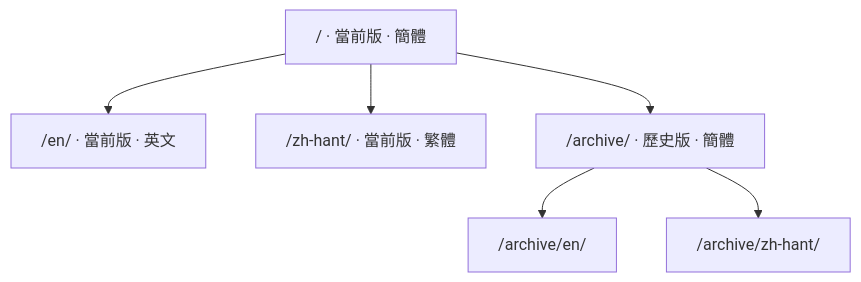
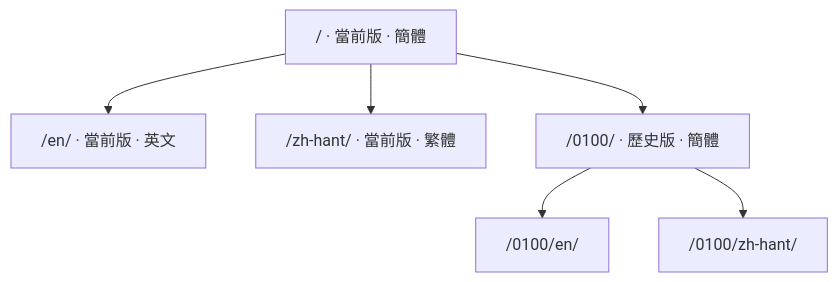
One commit to rwr-infra/rwr-mapbook changed the diagram in docs/zh-hant/about/index.md. Above: the diagram before and after it, drawn with Mermaid. The commit also changed other lines of this file and 628 other files, not shown here.

````diff
--- a/docs/zh-hant/about/index.md
+++ b/docs/zh-hant/about/index.md
@@ -32,8 +35,8 @@
 ```mermaid
 graph TD
   A["/ · 當前版 · 簡體"] --> B["/en/ · 當前版 · 英文"]
   A --> C["/zh-hant/ · 當前版 · 繁體"]
-  A --> D["/archive/ · 歷史版 · 簡體"]
-  D --> E["/archive/en/"]
-  D --> F["/archive/zh-hant/"]
+  A --> D["/0100/ · 歷史版 · 簡體"]
+  D --> E["/0100/en/"]
+  D --> F["/0100/zh-hant/"]
 ```
````
